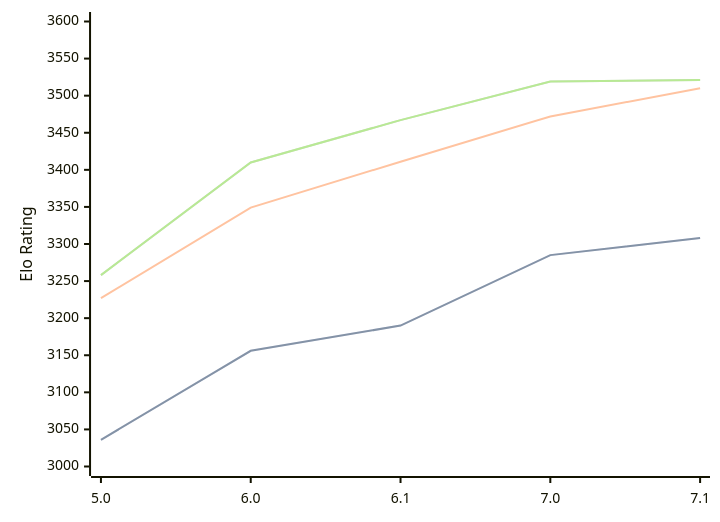
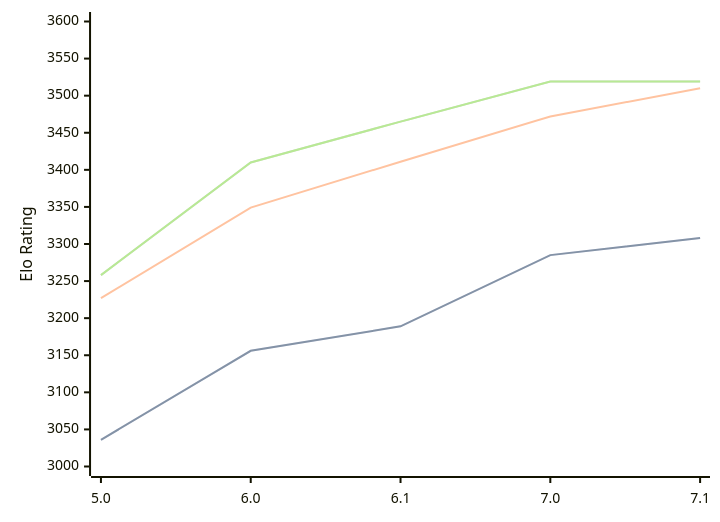
The diagram in engines/PZChessBot.md (computer-chess-index/cci), drawn with Mermaid before and after one commit. The commit also changed other lines of this file, not shown here.

Commit message:
Update CCI Ratings (ELO VLTC) - 2026-08-07

````diff
--- a/engines/PZChessBot.md
+++ b/engines/PZChessBot.md
@@ -35,11 +35,11 @@
 ```mermaid
 %%{init: {"theme":"base","themeVariables":{"seriesColors:['#a3a3a3','#222221','#faa371']}}}%%
 xychart-beta
   x-axis ["5.0", "6.0", "6.1", "7.0", "7.1"]
   y-axis "Elo Rating" 3000 --> 3600
-  line "STC (8.0+0.08s)" [3036, 3156, 3190, 3285, 3308]
-  line "STC (8.0+0.08s)" [3036, 3156, 3190, 3285, 3308]
+  line "STC (8.0+0.08s)" [3036, 3156, 3189, 3285, 3308]
+  line "STC (8.0+0.08s)" [3036, 3156, 3189, 3285, 3308]
   line "LTC (60.0+0.60s)" [3227, 3349, 3411, 3472, 3510]
-  line "VLTC (2m24s+1.12s)" [3258, 3410, 3467, 3519, 3521]
-  line "VLTC (2m24s+1.12s)" [3258, 3410, 3467, 3519, 3521]
+  line "VLTC (2m24s+1.12s)" [3258, 3410, 3465, 3519, 3519]
+  line "VLTC (2m24s+1.12s)" [3258, 3410, 3465, 3519, 3519]
 ```
````
